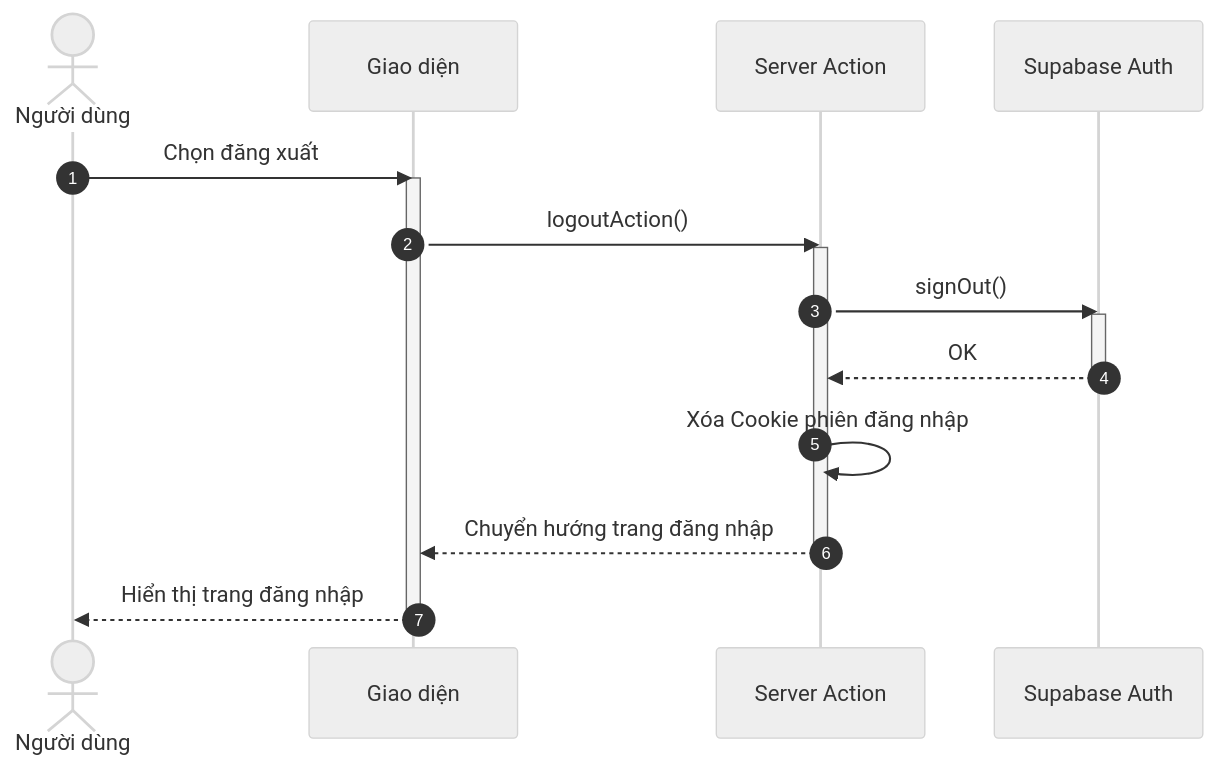
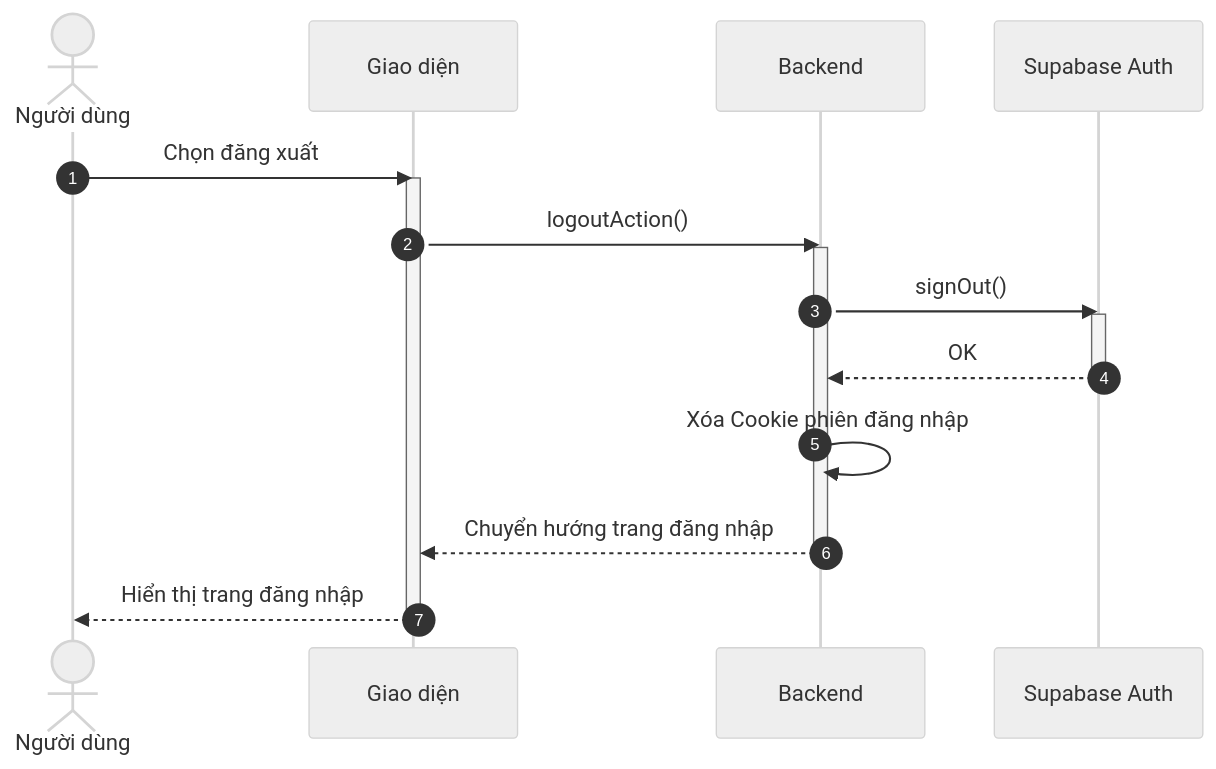
Before and after one commit to ngoctinn/Synapse: the seventh of 7 diagrams in docs/design/sequences/authentication.md, drawn with Mermaid (neutral theme). The commit also changed other lines of this file and 7 other files, not shown here.

Commit message:
docs: Add initial design documentation for authentication, user flows, and algorithm specification.

````diff
--- a/docs/design/sequences/authentication.md
+++ b/docs/design/sequences/authentication.md
@@ -229,25 +205,25 @@
 ```mermaid
 sequenceDiagram
     autonumber
     actor ND as Người dùng
     participant UI as Giao diện
-    participant BFF as Server Action
+    participant BE as Backend
     participant SUPA as Supabase Auth
 
     ND->>UI: Chọn đăng xuất
     activate UI
-    UI->>BFF: logoutAction()
-    activate BFF
+    UI->>BE: logoutAction()
+    activate BE
 
-    BFF->>SUPA: signOut()
+    BE->>SUPA: signOut()
     activate SUPA
-    SUPA-->>BFF: OK
+    SUPA-->>BE: OK
     deactivate SUPA
 
-    BFF->>BFF: Xóa Cookie phiên đăng nhập
-    BFF-->>UI: Chuyển hướng trang đăng nhập
-    deactivate BFF
+    BE->>BE: Xóa Cookie phiên đăng nhập
+    BE-->>UI: Chuyển hướng trang đăng nhập
+    deactivate BE
 
     UI-->>ND: Hiển thị trang đăng nhập
     deactivate UI
 ```
````
